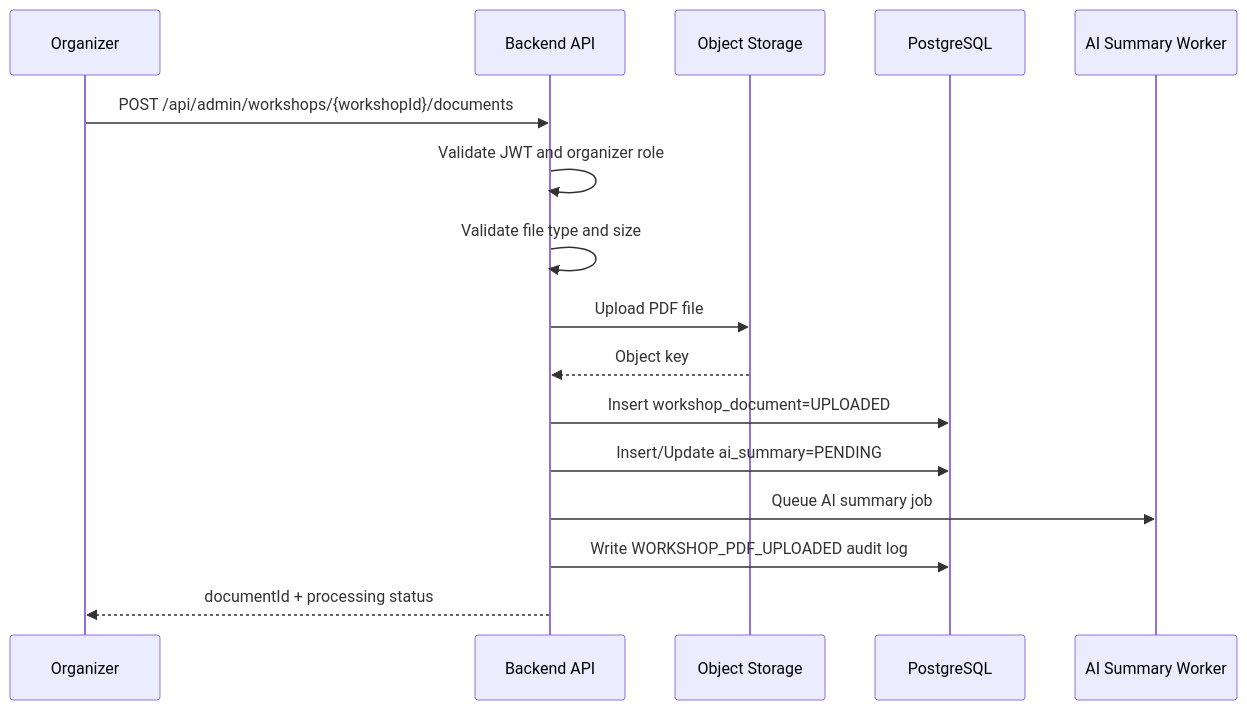
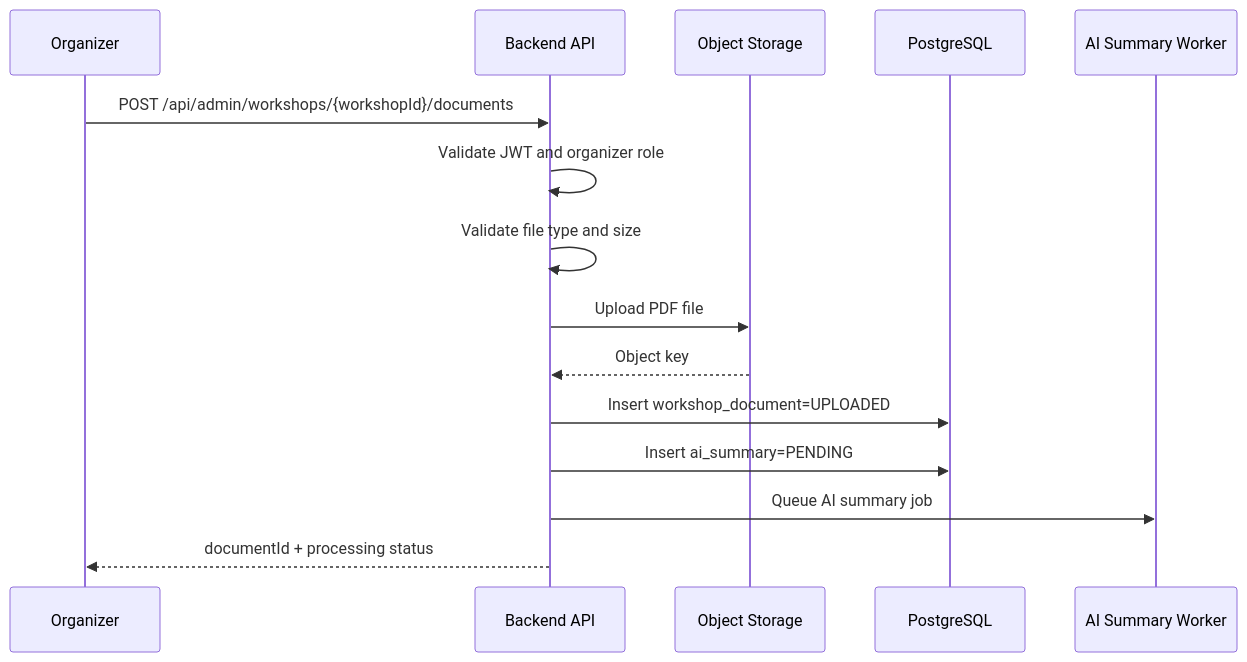
The first of 3 diagrams in blueprint/specs/ai-summary.md (NguyenThanhTien539/unihub-workshop-system), drawn with Mermaid before and after one commit. The commit also changed other lines of this file and 8 other files, not shown here.

````diff
--- a/blueprint/specs/ai-summary.md
+++ b/blueprint/specs/ai-summary.md
@@ -60,19 +56,18 @@
 ```mermaid
 sequenceDiagram
     participant O as Organizer
     participant API as Backend API
     participant Obj as Object Storage
     participant DB as PostgreSQL
     participant W as AI Summary Worker
 
     O->>API: POST /api/admin/workshops/{workshopId}/documents
     API->>API: Validate JWT and organizer role
     API->>API: Validate file type and size
     API->>Obj: Upload PDF file
     Obj-->>API: Object key
     API->>DB: Insert workshop_document=UPLOADED
-    API->>DB: Insert/Update ai_summary=PENDING
+    API->>DB: Insert ai_summary=PENDING
     API->>W: Queue AI summary job
-    API->>DB: Write WORKSHOP_PDF_UPLOADED audit log
     API-->>O: documentId + processing status
 ```
````
